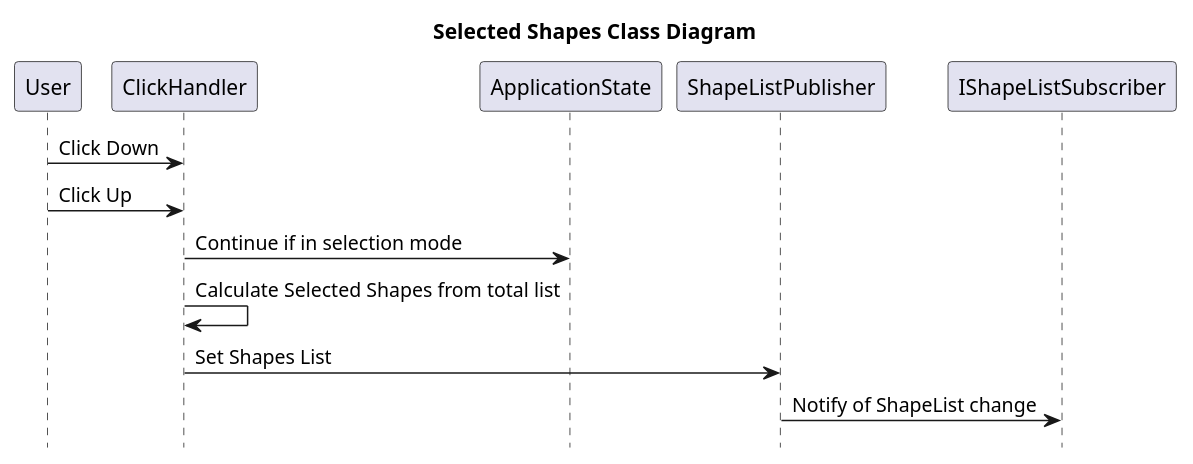
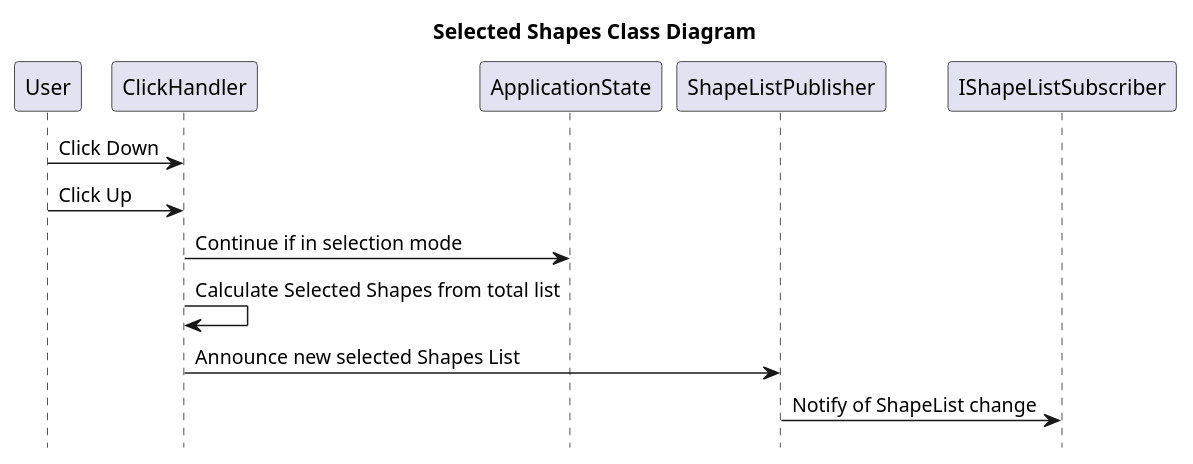
Before and after one commit to johnsmillie-portfolio/SE450-JPaint: the diagram in documentation/shape list observer sequence diagram.plantuml, drawn with PlantUML. The commit also changed 1 other file, not shown here.

Commit message:
refine shape list observer diagrams

```diff
--- a/documentation/shape list observer sequence diagram.plantuml
+++ b/documentation/shape list observer sequence diagram.plantuml
@@ -1,12 +1,12 @@
 @startuml Shape List Observer sequence diagram
 title Selected Shapes Class Diagram
 hide footbox
 
 User -> ClickHandler : Click Down
 User -> ClickHandler : Click Up
 ClickHandler -> ApplicationState : Continue if in selection mode
 ClickHandler -> ClickHandler: Calculate Selected Shapes from total list
-ClickHandler -> ShapeListPublisher: Set Shapes List 
+ClickHandler -> ShapeListPublisher: Announce new selected Shapes List 
 ShapeListPublisher -> IShapeListSubscriber: Notify of ShapeList change
 
 @enduml
```
